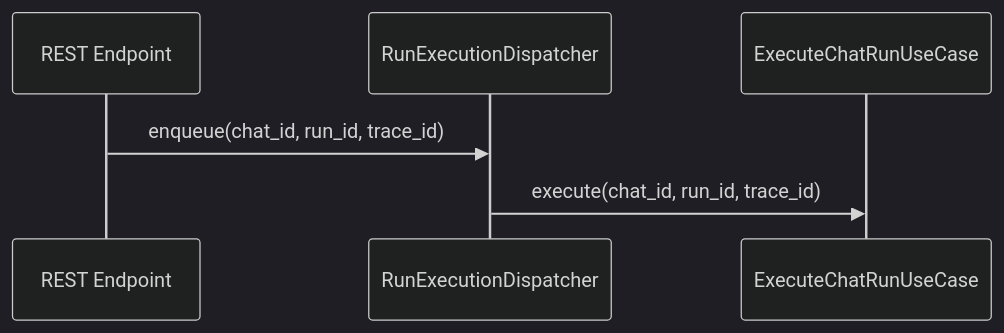
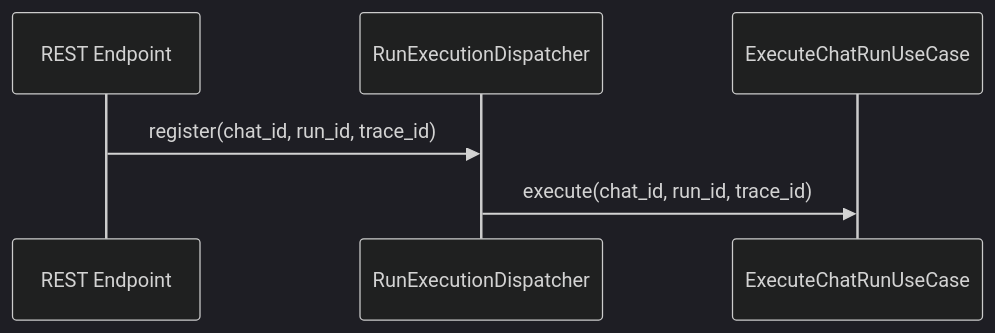
Before and after one commit to mincsys/D-Concierge: the diagram in docs/03_内部設計/03_内部IF設計/RunExecutionDispatcherIF.md, drawn with Mermaid (dark theme). The commit also changed other lines of this file and 18 other files, not shown here.

````diff
--- a/docs/03_内部設計/03_内部IF設計/RunExecutionDispatcherIF.md
+++ b/docs/03_内部設計/03_内部IF設計/RunExecutionDispatcherIF.md
@@ -27,9 +35,9 @@
 ```mermaid
 sequenceDiagram
     participant rest as REST Endpoint
     participant dispatcher as RunExecutionDispatcher
     participant usecase as ExecuteChatRunUseCase
 
-    rest->>dispatcher: enqueue(chat_id, run_id, trace_id)
+    rest->>dispatcher: register(chat_id, run_id, trace_id)
     dispatcher->>usecase: execute(chat_id, run_id, trace_id)
 ```
````
